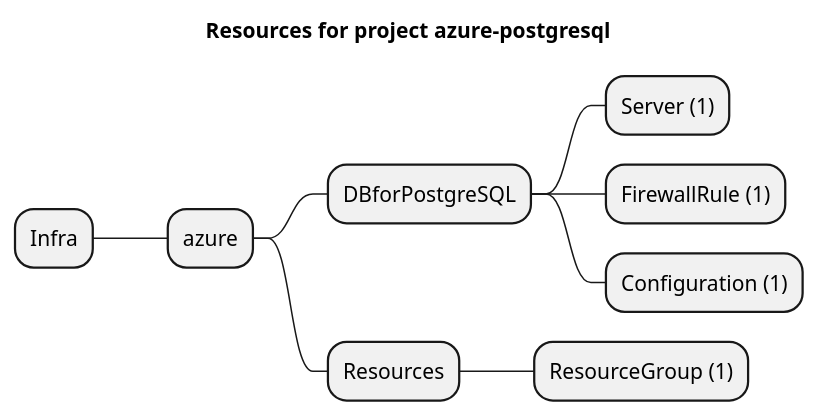
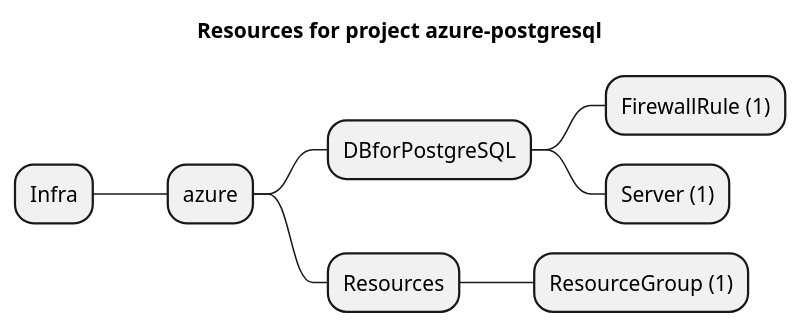
Before and after one commit to grucloud/grucloud: the diagram in examples/azure/DBforPostgreSQL/azure-postgresql/artifacts/resources-mindmap.puml, drawn with PlantUML. The commit also changed 58 other files, not shown here.

```diff
--- a/examples/azure/DBforPostgreSQL/azure-postgresql/artifacts/resources-mindmap.puml
+++ b/examples/azure/DBforPostgreSQL/azure-postgresql/artifacts/resources-mindmap.puml
@@ -1,12 +1,11 @@
 @startmindmap
 title Resources for project azure-postgresql
 skinparam monochrome true
 + Infra
 ++ azure
 +++ DBforPostgreSQL
+++++ FirewallRule (1)
 ++++ Server (1)
-++++ FirewallRule (1)
-++++ Configuration (1)
 +++ Resources
 ++++ ResourceGroup (1)
 @endmindmap
```
